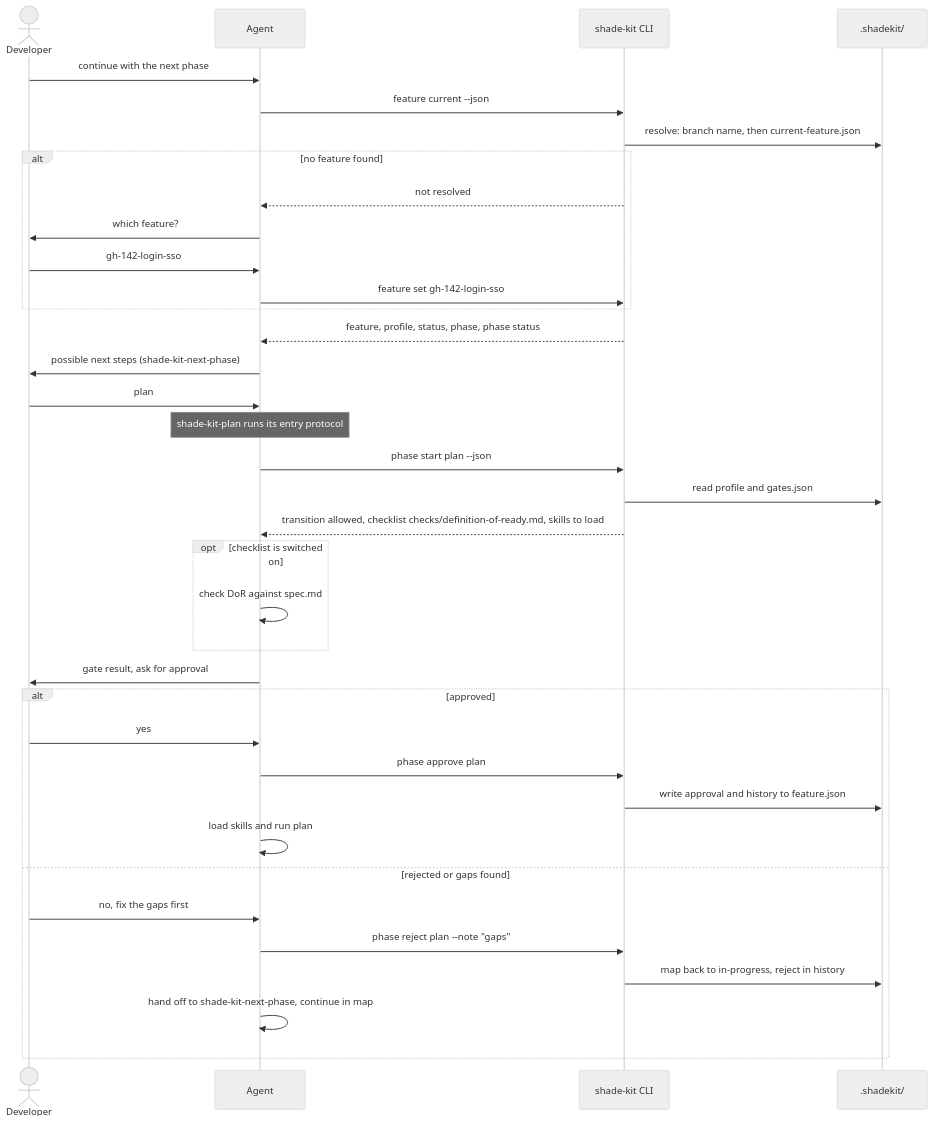
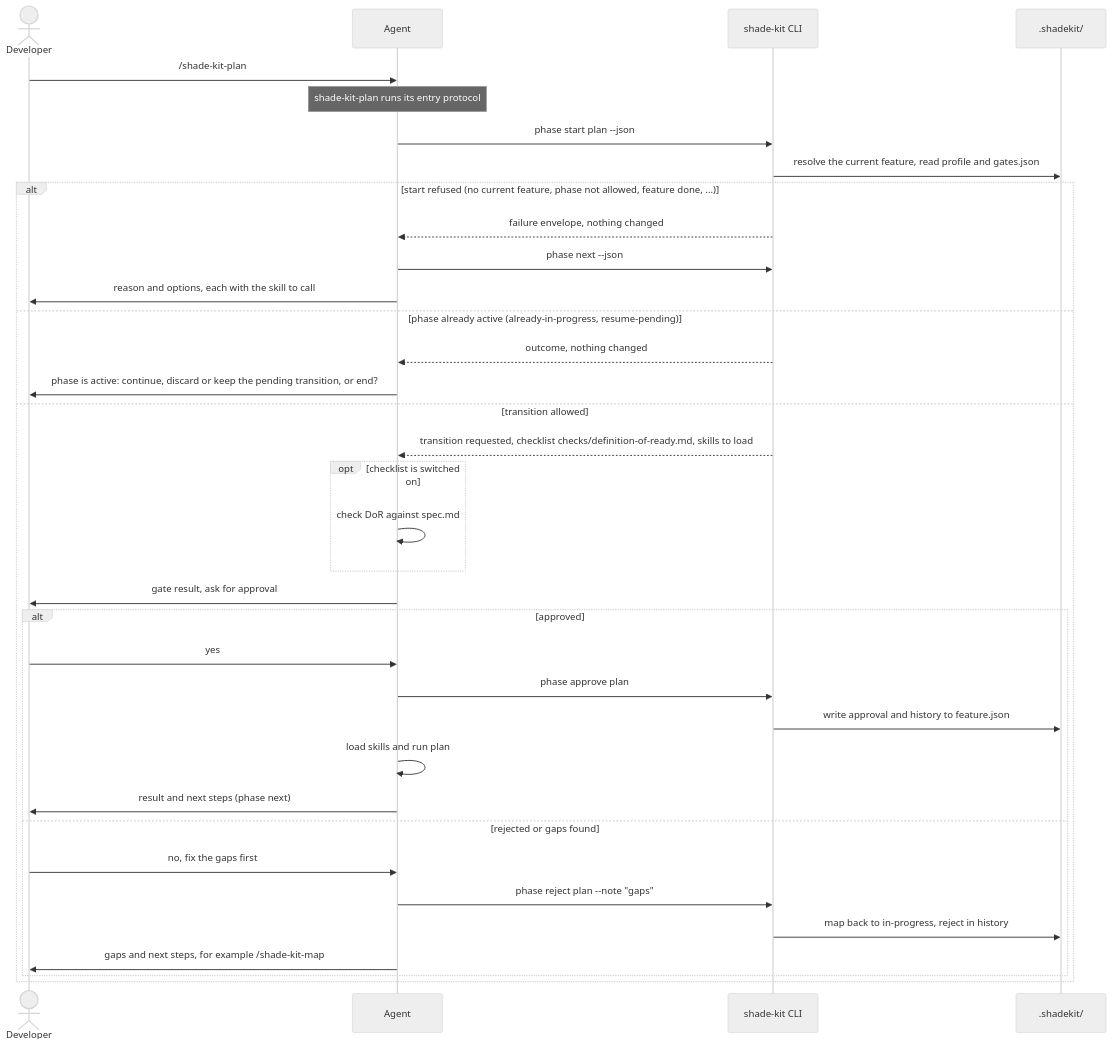
The fourth of 4 diagrams in research/shade-kit-concept.md (CreativeCodersTeam/shade-kit), drawn with Mermaid (neutral theme) before and after one commit. The commit also changed other lines of this file and 25 other files, not shown here.

First line of the commit message:
**docs: clarify phase skill behavior and `shade-kit-next-phase` role**

````diff
--- a/research/shade-kit-concept.md
+++ b/research/shade-kit-concept.md
@@ -475,39 +478,38 @@
 ```mermaid
 sequenceDiagram
     actor Dev as Developer
     participant Agent
     participant CLI as shade-kit CLI
     participant Store as .shadekit/
 
-    Dev->>Agent: continue with the next phase
-    Agent->>CLI: feature current --json
-    CLI->>Store: resolve: branch name, then current-feature.json
-    alt no feature found
-        CLI-->>Agent: not resolved
-        Agent->>Dev: which feature?
-        Dev->>Agent: gh-142-login-sso
-        Agent->>CLI: feature set gh-142-login-sso
-    end
-    CLI-->>Agent: feature, profile, status, phase, phase status
-    Agent->>Dev: possible next steps (shade-kit-next-phase)
-    Dev->>Agent: plan
+    Dev->>Agent: /shade-kit-plan
     Note over Agent: shade-kit-plan runs its entry protocol
     Agent->>CLI: phase start plan --json
-    CLI->>Store: read profile and gates.json
-    CLI-->>Agent: transition allowed, checklist checks/definition-of-ready.md, skills to load
-    opt checklist is switched on
-        Agent->>Agent: check DoR against spec.md
-    end
-    Agent->>Dev: gate result, ask for approval
-    alt approved
-        Dev->>Agent: yes
-        Agent->>CLI: phase approve plan
-        CLI->>Store: write approval and history to feature.json
-        Agent->>Agent: load skills and run plan
-    else rejected or gaps found
-        Dev->>Agent: no, fix the gaps first
-        Agent->>CLI: phase reject plan --note "gaps"
-        CLI->>Store: map back to in-progress, reject in history
-        Agent->>Agent: hand off to shade-kit-next-phase, continue in map
+    CLI->>Store: resolve the current feature, read profile and gates.json
+    alt start refused (no current feature, phase not allowed, feature done, ...)
+        CLI-->>Agent: failure envelope, nothing changed
+        Agent->>CLI: phase next --json
+        Agent->>Dev: reason and options, each with the skill to call
+    else phase already active (already-in-progress, resume-pending)
+        CLI-->>Agent: outcome, nothing changed
+        Agent->>Dev: phase is active: continue, discard or keep the pending transition, or end?
+    else transition allowed
+        CLI-->>Agent: transition requested, checklist checks/definition-of-ready.md, skills to load
+        opt checklist is switched on
+            Agent->>Agent: check DoR against spec.md
+        end
+        Agent->>Dev: gate result, ask for approval
+        alt approved
+            Dev->>Agent: yes
+            Agent->>CLI: phase approve plan
+            CLI->>Store: write approval and history to feature.json
+            Agent->>Agent: load skills and run plan
+            Agent->>Dev: result and next steps (phase next)
+        else rejected or gaps found
+            Dev->>Agent: no, fix the gaps first
+            Agent->>CLI: phase reject plan --note "gaps"
+            CLI->>Store: map back to in-progress, reject in history
+            Agent->>Dev: gaps and next steps, for example /shade-kit-map
+        end
     end
 ```
````
